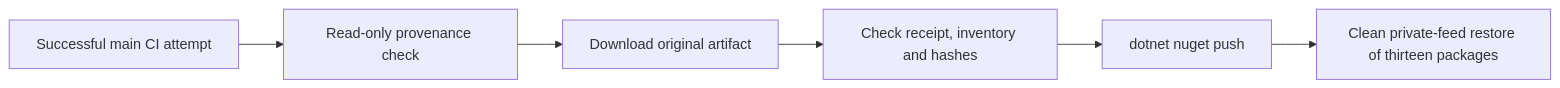
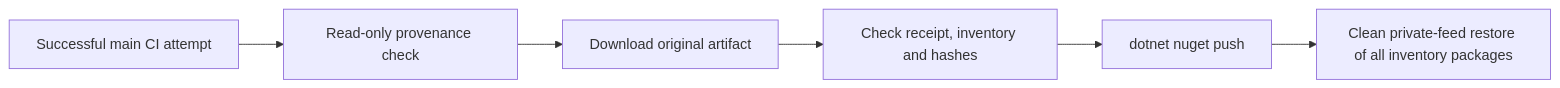
One commit to PouryaNoufallah96/PouryaKit changed the diagram in docs/private-packages.md. Above: the diagram before and after it, drawn with Mermaid. The commit also changed other lines of this file and 13 other files, not shown here.

````diff
--- a/docs/private-packages.md
+++ b/docs/private-packages.md
@@ -45,8 +45,8 @@
 ```mermaid
 flowchart LR
   C[Successful main CI attempt] --> A[Read-only provenance check]
   A --> D[Download original artifact]
   D --> V[Check receipt, inventory and hashes]
   V --> P[dotnet nuget push]
-  P --> R[Clean private-feed restore of thirteen packages]
+  P --> R[Clean private-feed restore of all inventory packages]
 ```
````
